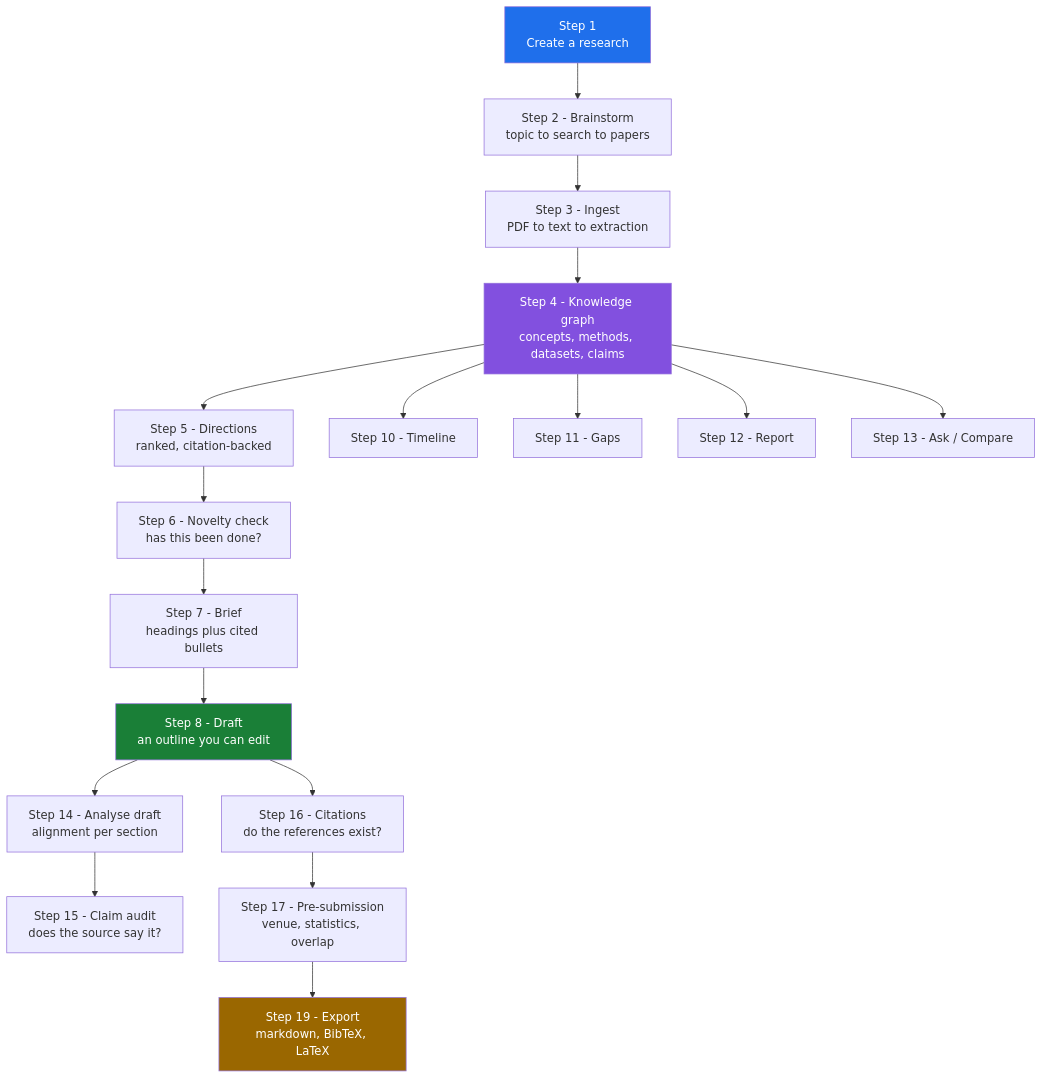
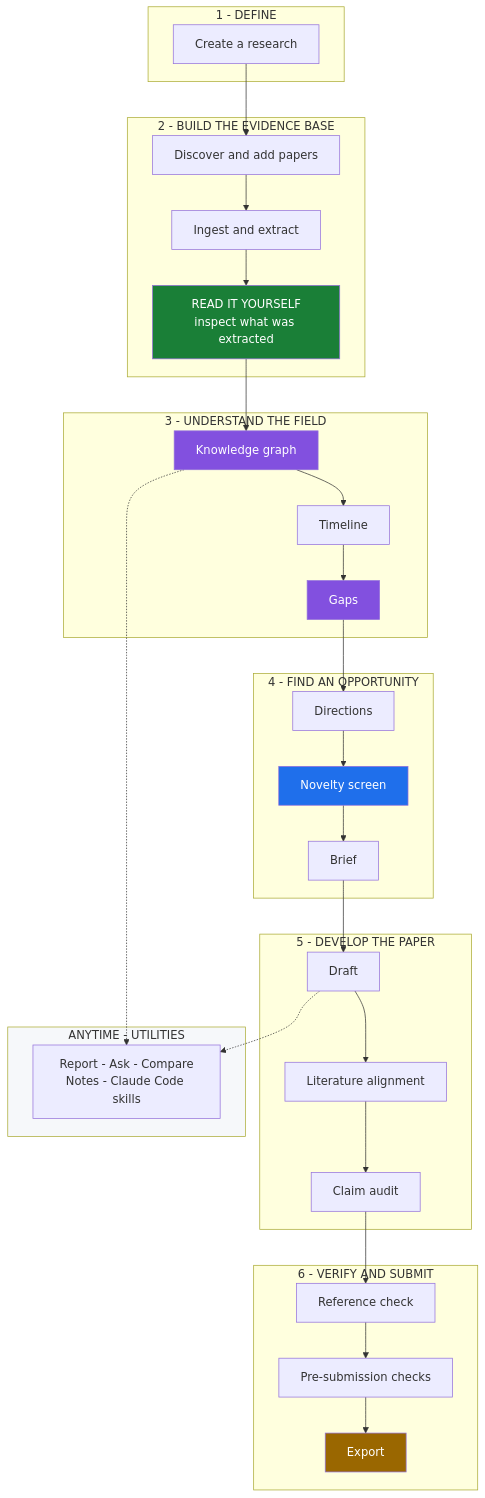
Before and after one commit to LaraibOSS/Research-Companion: the first of 9 diagrams in docs/WALKTHROUGH.md, drawn with Mermaid. The commit also changed other lines of this file and 1 other file, not shown here.

````diff
--- a/docs/WALKTHROUGH.md
+++ b/docs/WALKTHROUGH.md
@@ -74,27 +94,40 @@
 ```mermaid
 flowchart TD
-    A["Step 1<br/>Create a research"] --> B["Step 2 - Brainstorm<br/>topic to search to papers"]
-    B --> C["Step 3 - Ingest<br/>PDF to text to extraction"]
-    C --> D["Step 4 - Knowledge graph<br/>concepts, methods, datasets, claims"]
+    subgraph P1["1 - DEFINE"]
+        A["Create a research"]
+    end
+    subgraph P2["2 - BUILD THE EVIDENCE BASE"]
+        B["Discover and add papers"] --> C["Ingest and extract"]
+        C --> R["READ IT YOURSELF<br/>inspect what was extracted"]
+    end
+    subgraph P3["3 - UNDERSTAND THE FIELD"]
+        G["Knowledge graph"] --> TL["Timeline"] --> GP["Gaps"]
+    end
+    subgraph P4["4 - FIND AN OPPORTUNITY"]
+        D["Directions"] --> N["Novelty screen"] --> BR["Brief"]
+    end
+    subgraph P5["5 - DEVELOP THE PAPER"]
+        DR["Draft"] --> AL["Literature alignment"] --> CA["Claim audit"]
+    end
+    subgraph P6["6 - VERIFY AND SUBMIT"]
+        RC["Reference check"] --> PS["Pre-submission checks"] --> EX["Export"]
+    end
+    subgraph U["ANYTIME - UTILITIES"]
+        UT["Report - Ask - Compare<br/>Notes - Claude Code skills"]
+    end
 
-    D --> E["Step 5 - Directions<br/>ranked, citation-backed"]
-    E --> F["Step 6 - Novelty check<br/>has this been done?"]
-    F --> G["Step 7 - Brief<br/>headings plus cited bullets"]
-    G --> H["Step 8 - Draft<br/>an outline you can edit"]
+    A --> B
+    R --> G
+    GP --> D
+    BR --> DR
+    CA --> RC
+    G -.-> UT
+    DR -.-> UT
 
-    D --> I["Step 10 - Timeline"]
-    D --> J["Step 11 - Gaps"]
-    D --> K["Step 12 - Report"]
-    D --> L["Step 13 - Ask / Compare"]
-
-    H --> M["Step 14 - Analyse draft<br/>alignment per section"]
-    M --> N["Step 15 - Claim audit<br/>does the source say it?"]
-    H --> O["Step 16 - Citations<br/>do the references exist?"]
-    O --> P["Step 17 - Pre-submission<br/>venue, statistics, overlap"]
-    P --> Q["Step 19 - Export<br/>markdown, BibTeX, LaTeX"]
-
-    style A fill:#1f6feb,color:#fff
-    style D fill:#8250df,color:#fff
-    style H fill:#1a7f37,color:#fff
-    style Q fill:#9a6700,color:#fff
+    style R fill:#1a7f37,color:#fff
+    style G fill:#8250df,color:#fff
+    style GP fill:#8250df,color:#fff
+    style N fill:#1f6feb,color:#fff
+    style EX fill:#9a6700,color:#fff
+    style U fill:#f6f8fa
 ```
````
